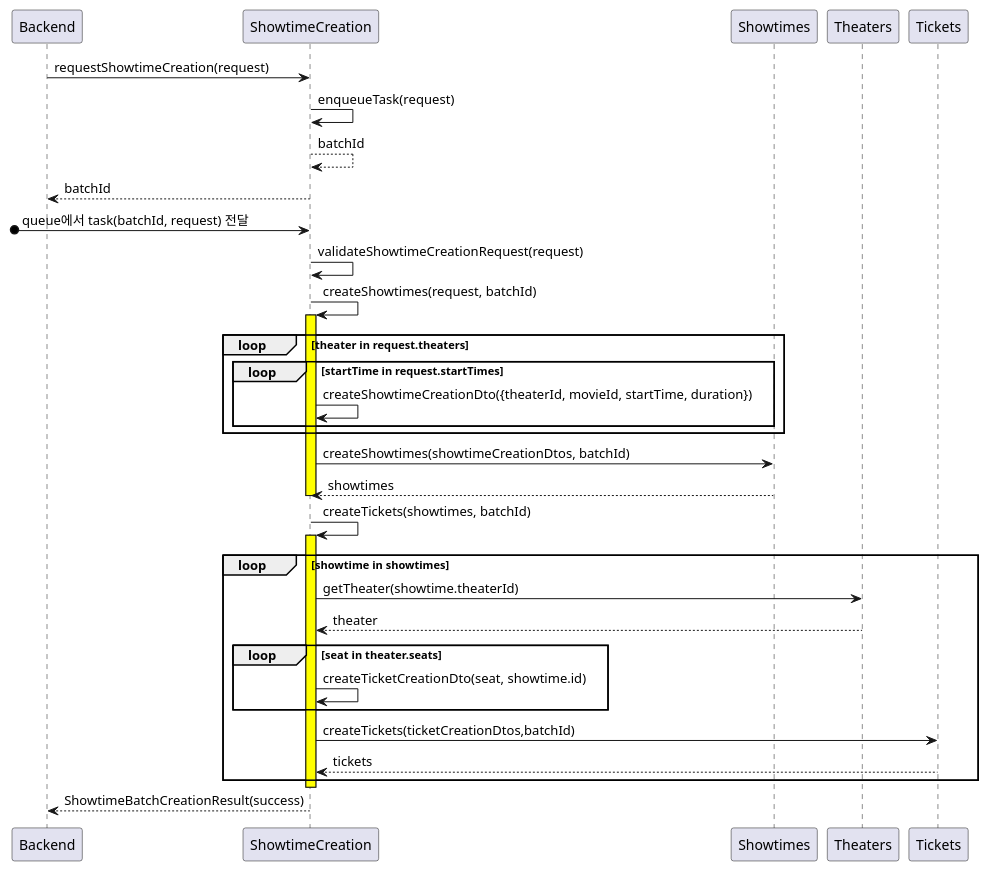
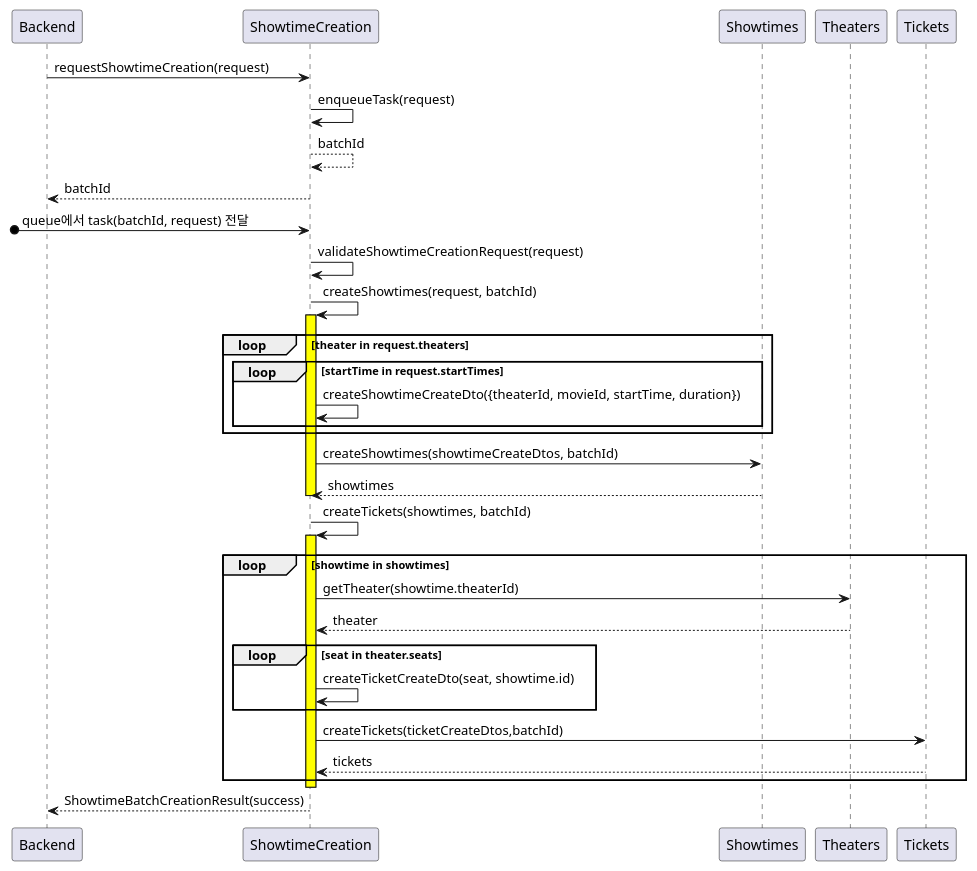
The third of 4 diagrams in docs/showtime-creation.md (mannercode/nest-seed), drawn with PlantUML before and after one commit. The commit also changed other lines of this file and 90 other files, not shown here.

````diff
--- a/docs/showtime-creation.md
+++ b/docs/showtime-creation.md
@@ -165,37 +165,37 @@
 ```plantuml
 @startuml
 Backend -> ShowtimeCreation: requestShowtimeCreation(request)
         ShowtimeCreation -> ShowtimeCreation: enqueueTask(request)
         ShowtimeCreation --> ShowtimeCreation: batchId
 Backend <-- ShowtimeCreation: batchId
 
 [o-> ShowtimeCreation: queue에서 task(batchId, request) 전달
     ShowtimeCreation -> ShowtimeCreation: validateShowtimeCreationRequest(request)
 
     ShowtimeCreation -> ShowtimeCreation: createShowtimes(request, batchId)
     activate ShowtimeCreation #yellow
         loop theater in request.theaters
             loop startTime in request.startTimes
-                ShowtimeCreation -> ShowtimeCreation: createShowtimeCreationDto({theaterId, movieId, startTime, duration})
+                ShowtimeCreation -> ShowtimeCreation: createShowtimeCreateDto({theaterId, movieId, startTime, duration})
             end
         end
 
-        ShowtimeCreation -> Showtimes: createShowtimes(showtimeCreationDtos, batchId)
+        ShowtimeCreation -> Showtimes: createShowtimes(showtimeCreateDtos, batchId)
         ShowtimeCreation <-- Showtimes: showtimes
     deactivate ShowtimeCreation
 
     ShowtimeCreation -> ShowtimeCreation: createTickets(showtimes, batchId)
     activate ShowtimeCreation #yellow
         loop showtime in showtimes
             ShowtimeCreation -> Theaters: getTheater(showtime.theaterId)
             ShowtimeCreation <-- Theaters: theater
             loop seat in theater.seats
-                ShowtimeCreation -> ShowtimeCreation: createTicketCreationDto(seat, showtime.id)
+                ShowtimeCreation -> ShowtimeCreation: createTicketCreateDto(seat, showtime.id)
             end
-            ShowtimeCreation -> Tickets: createTickets(ticketCreationDtos,batchId)
+            ShowtimeCreation -> Tickets: createTickets(ticketCreateDtos,batchId)
             ShowtimeCreation <-- Tickets: tickets
         end
     deactivate ShowtimeCreation
 Backend <-- ShowtimeCreation: ShowtimeBatchCreationResult(success)
 @enduml
 ```
````
